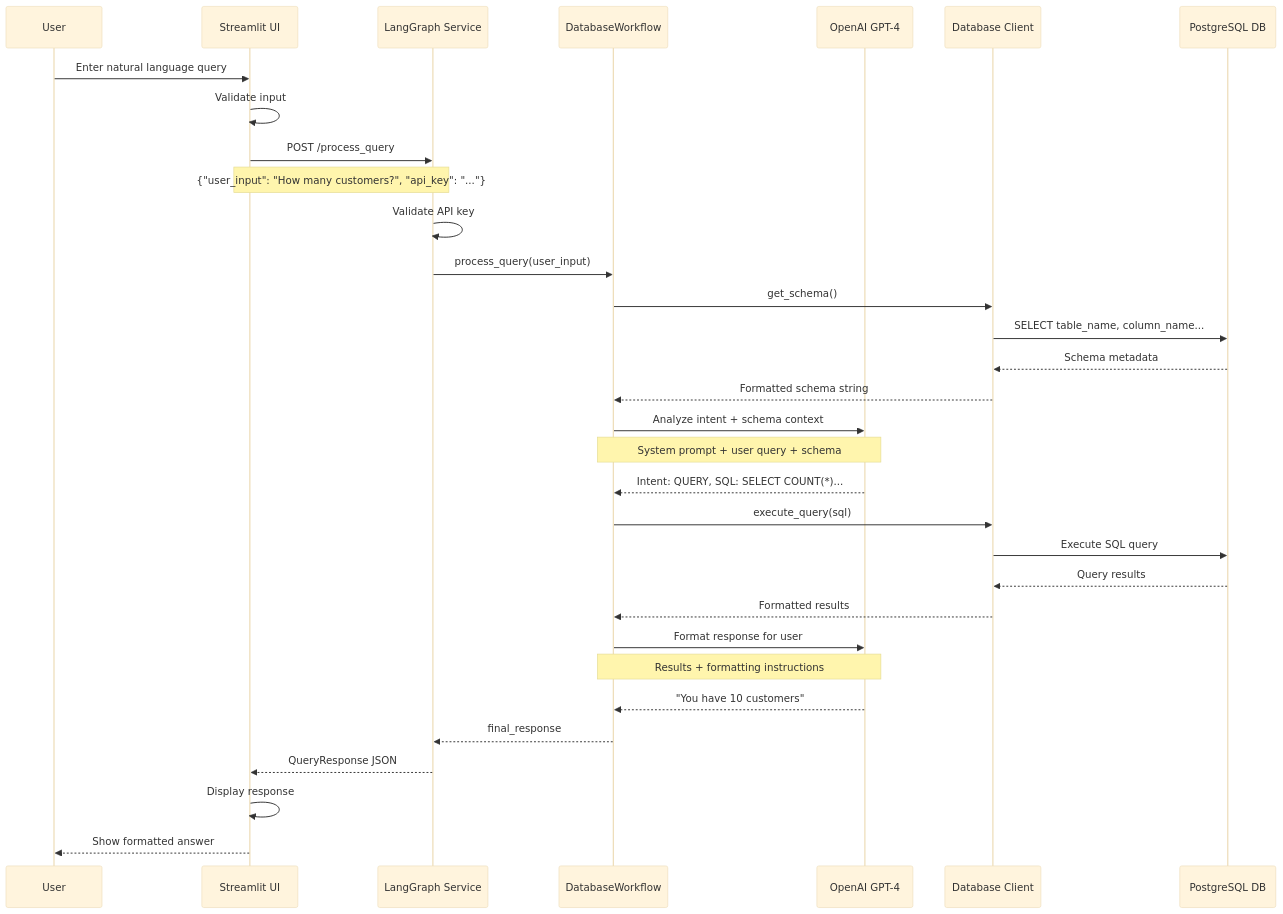
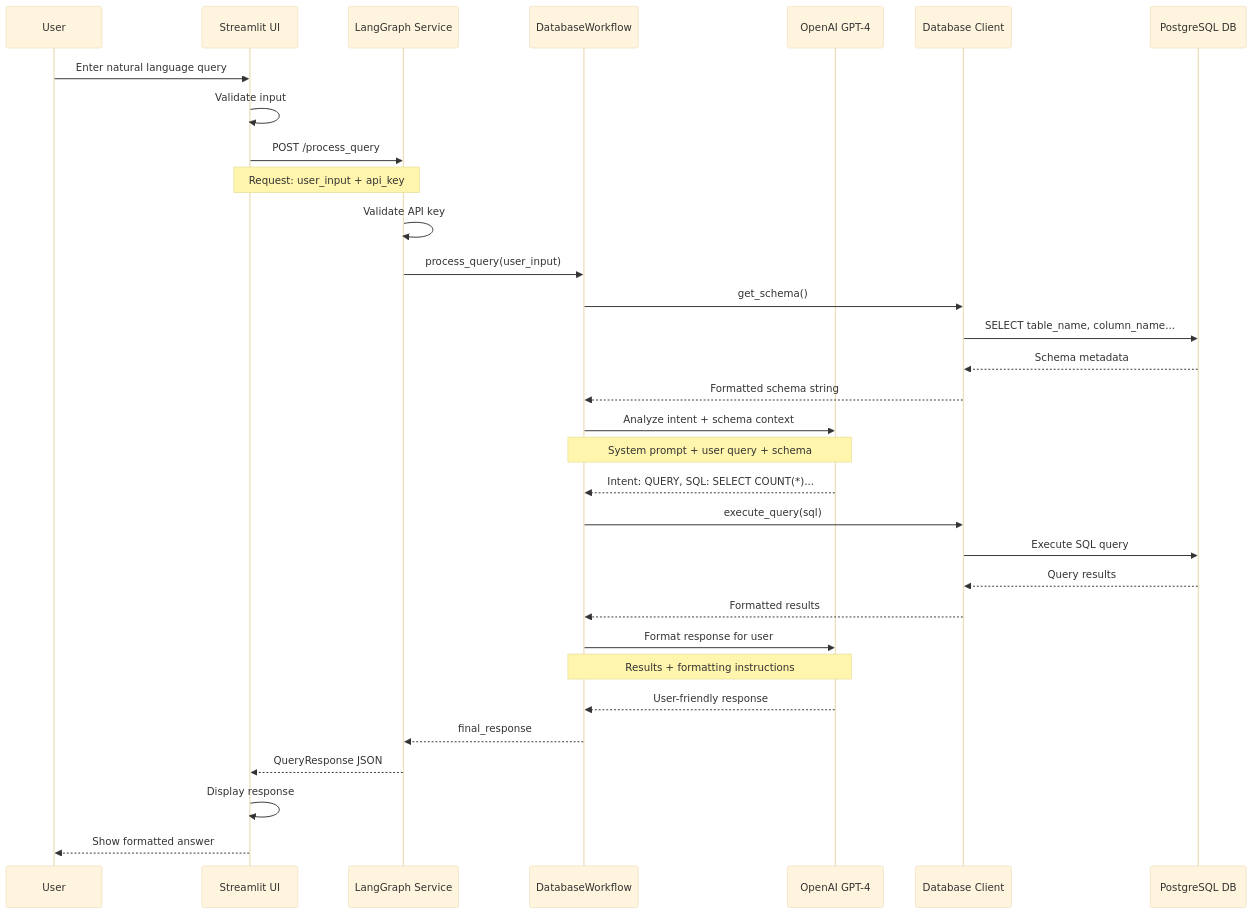
The fourth of 14 diagrams in adrs/0010-dynamic-erp-assistant-complete-system-architecture.md (julianus-kath/proactive-context-learning), drawn with Mermaid (base theme) before and after one commit. The commit also changed other lines of this file and 6 other files, not shown here.

````diff
--- a/adrs/0010-dynamic-erp-assistant-complete-system-architecture.md
+++ b/adrs/0010-dynamic-erp-assistant-complete-system-architecture.md
@@ -197,41 +197,41 @@
 ```mermaid
 sequenceDiagram
-    participant User
-    participant StreamlitUI as Streamlit UI
-    participant FastAPI as LangGraph Service
-    participant Workflow as DatabaseWorkflow
-    participant OpenAI as OpenAI GPT-4
-    participant DBClient as Database Client
-    participant PostgreSQL as PostgreSQL DB
+    participant U as User
+    participant UI as Streamlit UI
+    participant API as LangGraph Service
+    participant WF as DatabaseWorkflow
+    participant AI as OpenAI GPT-4
+    participant DB as Database Client
+    participant PG as PostgreSQL DB
     
-    User->>StreamlitUI: Enter natural language query
-    StreamlitUI->>StreamlitUI: Validate input
-    StreamlitUI->>FastAPI: POST /process_query
-    Note over StreamlitUI,FastAPI: {"user_input": "How many customers?", "api_key": "..."}
+    U->>UI: Enter natural language query
+    UI->>UI: Validate input
+    UI->>API: POST /process_query
+    Note over UI,API: Request: user_input + api_key
     
-    FastAPI->>FastAPI: Validate API key
-    FastAPI->>Workflow: process_query(user_input)
+    API->>API: Validate API key
+    API->>WF: process_query(user_input)
     
-    Workflow->>DBClient: get_schema()
-    DBClient->>PostgreSQL: SELECT table_name, column_name...
-    PostgreSQL-->>DBClient: Schema metadata
-    DBClient-->>Workflow: Formatted schema string
+    WF->>DB: get_schema()
+    DB->>PG: SELECT table_name, column_name...
+    PG-->>DB: Schema metadata
+    DB-->>WF: Formatted schema string
     
-    Workflow->>OpenAI: Analyze intent + schema context
-    Note over Workflow,OpenAI: System prompt + user query + schema
-    OpenAI-->>Workflow: Intent: QUERY, SQL: SELECT COUNT(*)...
+    WF->>AI: Analyze intent + schema context
+    Note over WF,AI: System prompt + user query + schema
+    AI-->>WF: Intent: QUERY, SQL: SELECT COUNT(*)...
     
-    Workflow->>DBClient: execute_query(sql)
-    DBClient->>PostgreSQL: Execute SQL query
-    PostgreSQL-->>DBClient: Query results
-    DBClient-->>Workflow: Formatted results
+    WF->>DB: execute_query(sql)
+    DB->>PG: Execute SQL query
+    PG-->>DB: Query results
+    DB-->>WF: Formatted results
     
-    Workflow->>OpenAI: Format response for user
-    Note over Workflow,OpenAI: Results + formatting instructions
-    OpenAI-->>Workflow: "You have 10 customers"
+    WF->>AI: Format response for user
+    Note over WF,AI: Results + formatting instructions
+    AI-->>WF: User-friendly response
     
-    Workflow-->>FastAPI: final_response
-    FastAPI-->>StreamlitUI: QueryResponse JSON
-    StreamlitUI->>StreamlitUI: Display response
-    StreamlitUI-->>User: Show formatted answer
+    WF-->>API: final_response
+    API-->>UI: QueryResponse JSON
+    UI->>UI: Display response
+    UI-->>U: Show formatted answer
 ```
````
